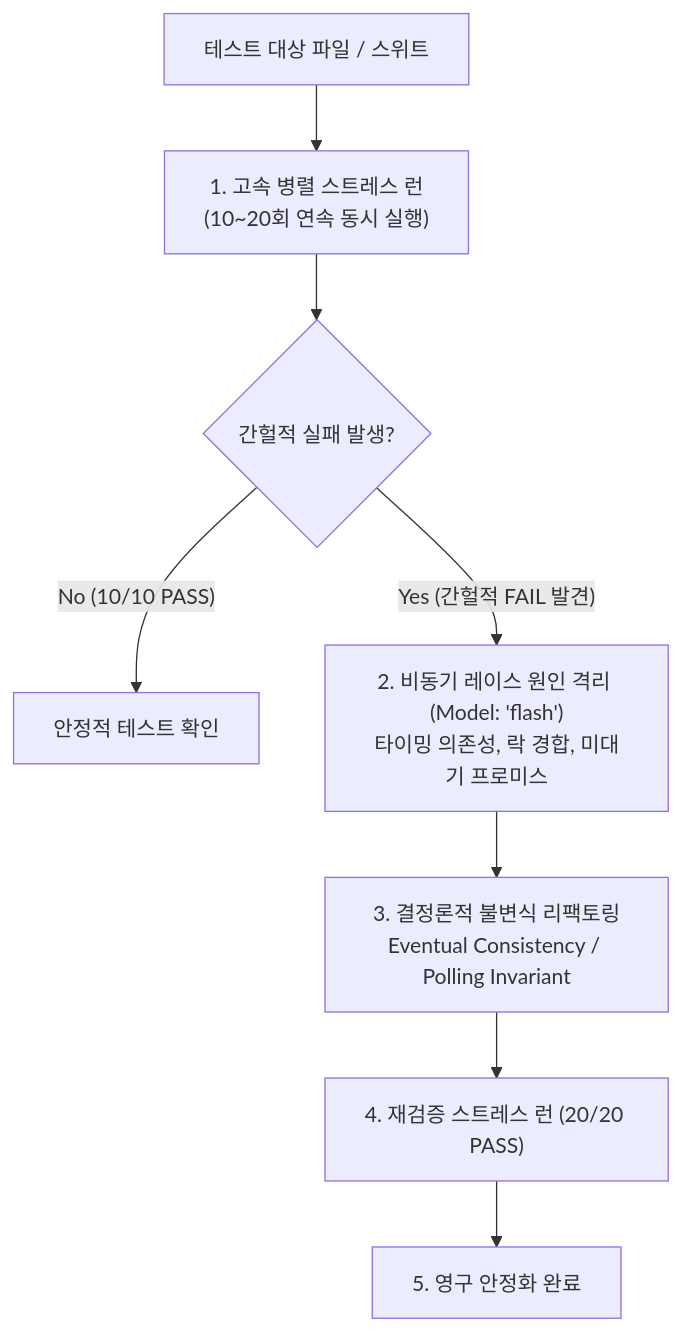
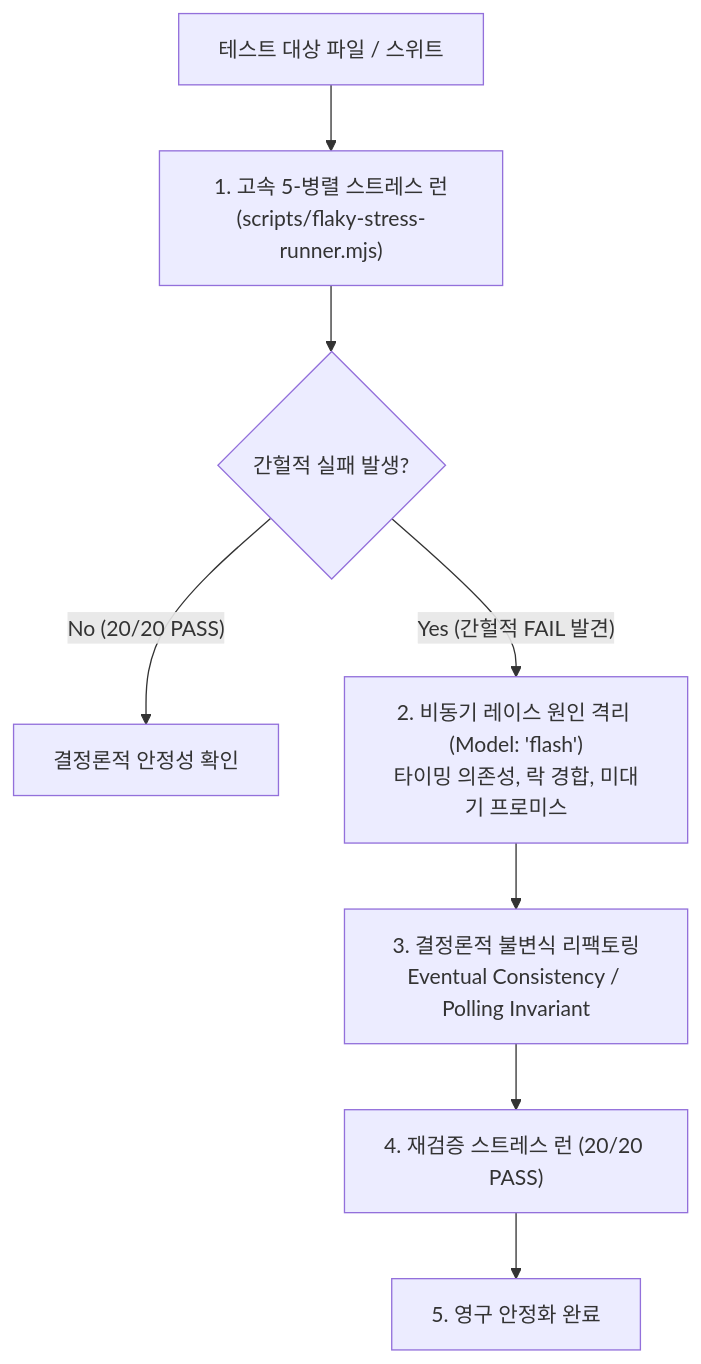
Before and after one commit to daeryundf2-prog/LAZYANTIGRAVITY: the diagram in skills/flaky-guard/SKILL.md, drawn with Mermaid. The commit also changed other lines of this file and 58 other files, not shown here.

````diff
--- a/skills/flaky-guard/SKILL.md
+++ b/skills/flaky-guard/SKILL.md
@@ -10,10 +10,10 @@
 ```mermaid
 flowchart TD
-    Target["테스트 대상 파일 / 스위트"] --> Stress["1. 고속 병렬 스트레스 런<br/>(10~20회 연속 동시 실행)"]
+    Target["테스트 대상 파일 / 스위트"] --> Stress["1. 고속 5-병렬 스트레스 런<br/>(scripts/flaky-stress-runner.mjs)"]
     Stress --> Catch{"간헐적 실패 발생?"}
-    Catch -- "No (10/10 PASS)" --> Green["안정적 테스트 확인"]
+    Catch -- "No (20/20 PASS)" --> Green["결정론적 안정성 확인"]
     Catch -- "Yes (간헐적 FAIL 발견)" --> Isolate["2. 비동기 레이스 원인 격리 (Model: 'flash')<br/>타이밍 의존성, 락 경합, 미대기 프로미스"]
     Isolate --> Refactor["3. 결정론적 불변식 리팩토링<br/>Eventual Consistency / Polling Invariant"]
     Refactor --> ReStress["4. 재검증 스트레스 런 (20/20 PASS)"]
     ReStress --> Done["5. 영구 안정화 완료"]
 ```
````
